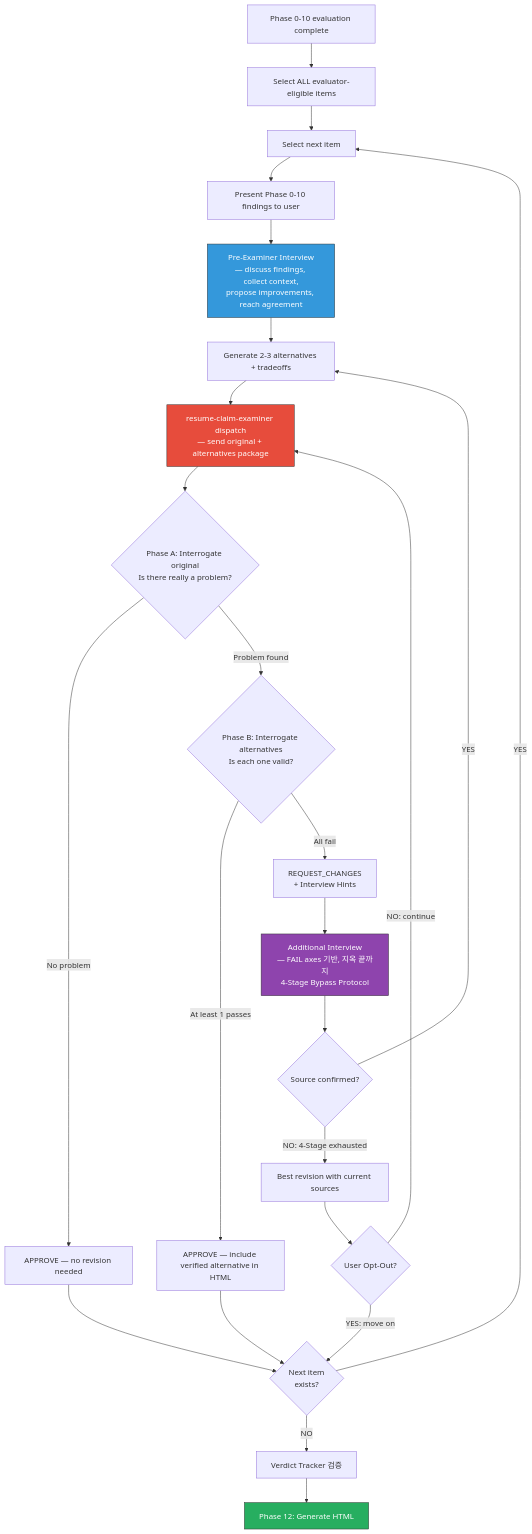
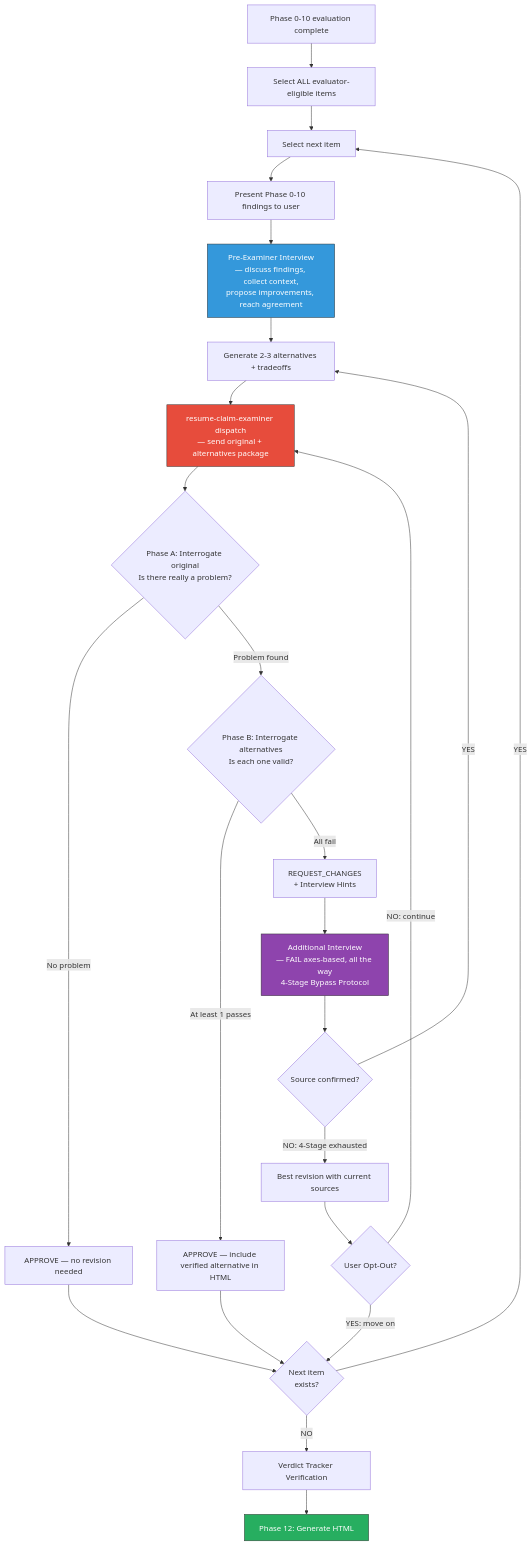
Before and after one commit to toongri/oh-my-toong-playground: the diagram in skills/review-resume/references/content-quality-gate.md, drawn with Mermaid. The commit also changed other lines of this file and 10 other files, not shown here.

````diff
--- a/skills/review-resume/references/content-quality-gate.md
+++ b/skills/review-resume/references/content-quality-gate.md
@@ -304,36 +304,36 @@
 ```mermaid
 flowchart TB
     A[Phase 0-10 evaluation complete] --> B[Select ALL evaluator-eligible items]
     B --> C[Select next item]
     C --> PRESENT[Present Phase 0-10 findings to user]
     PRESENT --> INTERVIEW_PRE[Pre-Examiner Interview\n— discuss findings, collect context,\npropose improvements, reach agreement]
     INTERVIEW_PRE --> D[Generate 2-3 alternatives + tradeoffs]
     D --> H[resume-claim-examiner dispatch\n— send original + alternatives package]
 
     H --> DIAG{Phase A: Interrogate original\nIs there really a problem?}
     DIAG -->|No problem| APPROVE_ORIG[APPROVE — no revision needed]
     DIAG -->|Problem found| ALTEVAL{Phase B: Interrogate alternatives\nIs each one valid?}
 
     ALTEVAL -->|At least 1 passes| APPROVE_ALT[APPROVE — include verified alternative in HTML]
     ALTEVAL -->|All fail| K[REQUEST_CHANGES\n+ Interview Hints]
 
-    K --> L[Additional Interview\n— FAIL axes 기반, 지옥 끝까지\n4-Stage Bypass Protocol]
+    K --> L[Additional Interview\n— FAIL axes-based, all the way\n4-Stage Bypass Protocol]
     L --> M{Source confirmed?}
     M -->|YES| D
     M -->|NO: 4-Stage exhausted| N[Best revision with current sources]
     N --> O{User Opt-Out?}
     O -->|YES: move on| J
     O -->|NO: continue| H
 
     APPROVE_ORIG --> J{Next item\nexists?}
     APPROVE_ALT --> J
 
     J -->|YES| C
-    J -->|NO| VERDICT[Verdict Tracker 검증]
+    J -->|NO| VERDICT[Verdict Tracker Verification]
     VERDICT --> P[Phase 12: Generate HTML]
 
     style H fill:#e74c3c,stroke:#333,color:#fff
     style INTERVIEW_PRE fill:#3498db,stroke:#333,color:#fff
     style L fill:#8e44ad,stroke:#333,color:#fff
     style P fill:#27ae60,stroke:#333,color:#fff
 ```
````
